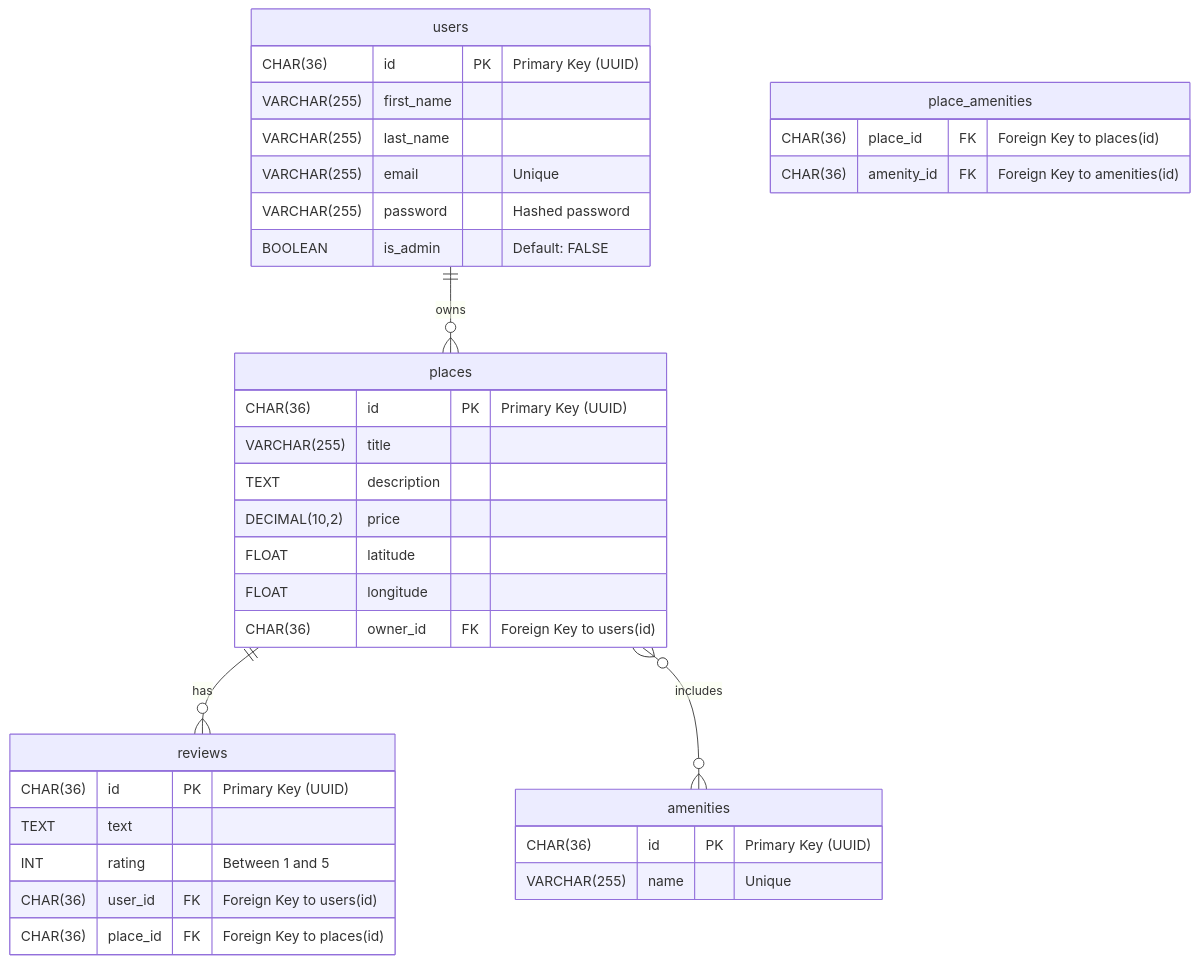
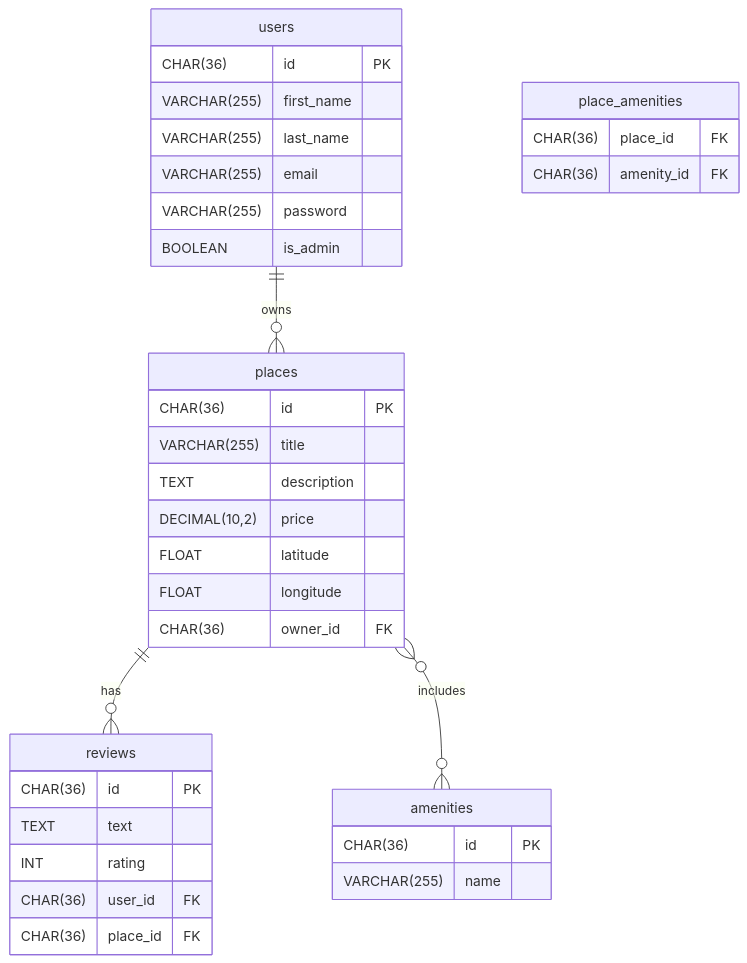
One commit to saru3450/holbertonschool-hbnb changed the diagram in part3/hbnb/er_diagram.md. Above: the diagram before and after it, drawn with Mermaid.

Commit message:
er_diagram.md

````diff
--- a/part3/hbnb/er_diagram.md
+++ b/part3/hbnb/er_diagram.md
@@ -1,44 +1,44 @@
 ```mermaid
 erDiagram
     users {
-        CHAR(36) id PK "Primary Key (UUID)"
+        CHAR(36) id PK
         VARCHAR(255) first_name
         VARCHAR(255) last_name
-        VARCHAR(255) email "Unique"
-        VARCHAR(255) password "Hashed password"
-        BOOLEAN is_admin "Default: FALSE"
+        VARCHAR(255) email
+        VARCHAR(255) password
+        BOOLEAN is_admin
     }
 
     places {
-        CHAR(36) id PK "Primary Key (UUID)"
+        CHAR(36) id PK
         VARCHAR(255) title
         TEXT description
         DECIMAL(10,2) price
         FLOAT latitude
         FLOAT longitude
-        CHAR(36) owner_id FK "Foreign Key to users(id)"
+        CHAR(36) owner_id FK
     }
 
     reviews {
-        CHAR(36) id PK "Primary Key (UUID)"
+        CHAR(36) id PK
         TEXT text
-        INT rating "Between 1 and 5"
-        CHAR(36) user_id FK "Foreign Key to users(id)"
-        CHAR(36) place_id FK "Foreign Key to places(id)"
+        INT rating
+        CHAR(36) user_id FK
+        CHAR(36) place_id FK
     }
 
     amenities {
-        CHAR(36) id PK "Primary Key (UUID)"
-        VARCHAR(255) name "Unique"
+        CHAR(36) id PK
+        VARCHAR(255) name
     }
 
     place_amenities {
-        CHAR(36) place_id FK "Foreign Key to places(id)"
-        CHAR(36) amenity_id FK "Foreign Key to amenities(id)"
+        CHAR(36) place_id FK
+        CHAR(36) amenity_id FK
     }
 
     %% Relationships
     users ||--o{ places : "owns"
     places ||--o{ reviews : "has"
     places }o--o{ amenities : "includes"
 ```
````
